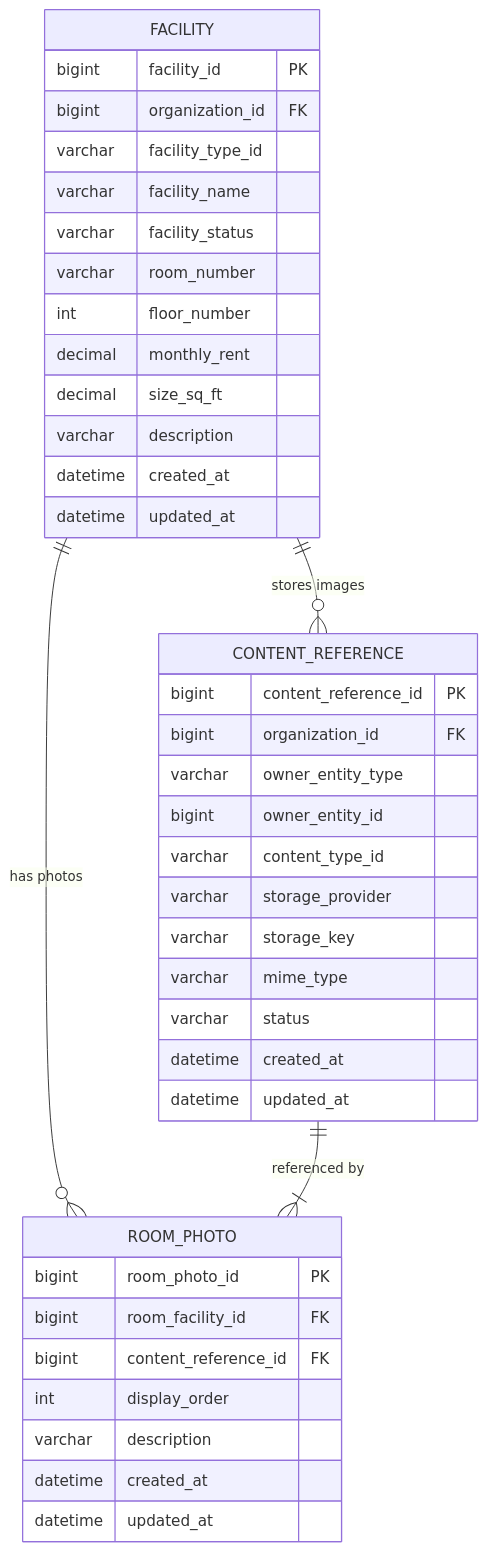
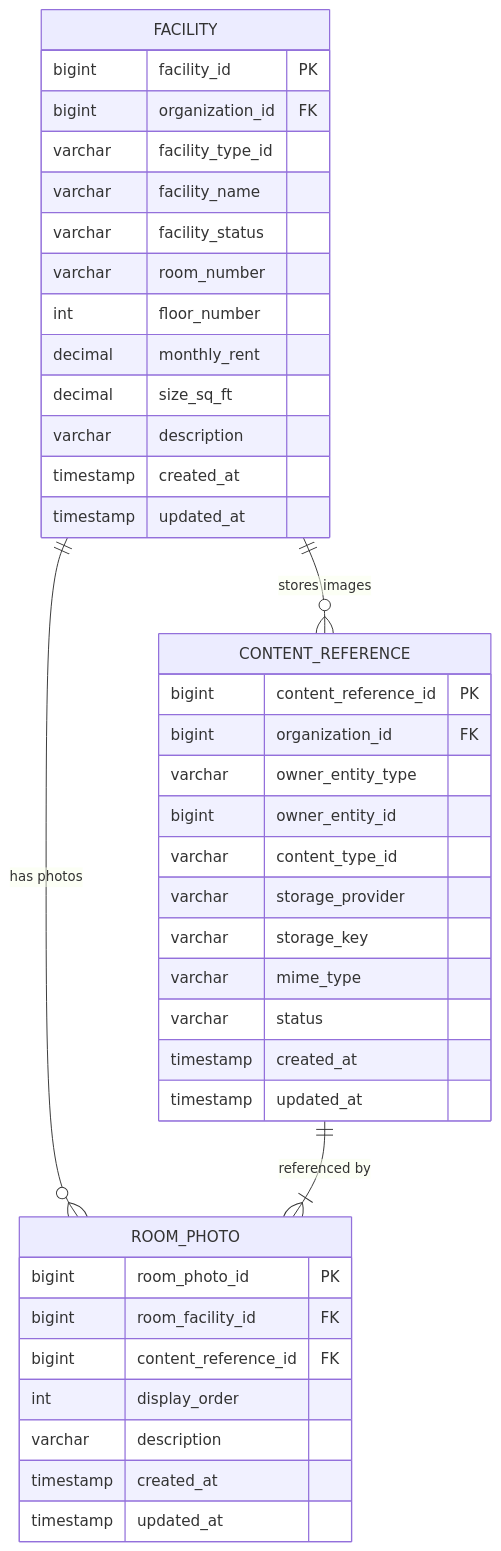
One commit to MY-PG-MANAGEMENT/PGHOSTEL changed the diagram in docs/er/room-photos-enhancement.mmd. Above: the diagram before and after it, drawn with Mermaid. The commit also changed 102 other files, not shown here.

```diff
--- a/docs/er/room-photos-enhancement.mmd
+++ b/docs/er/room-photos-enhancement.mmd
@@ -1,43 +1,43 @@
 erDiagram
     FACILITY ||--o{ ROOM_PHOTO : "has photos"
     FACILITY ||--o{ CONTENT_REFERENCE : "stores images"
     CONTENT_REFERENCE ||--|{ ROOM_PHOTO : "referenced by"
     
     ROOM_PHOTO {
         bigint room_photo_id PK
         bigint room_facility_id FK
         bigint content_reference_id FK
         int display_order
         varchar description
-        datetime created_at
-        datetime updated_at
+        timestamp created_at
+        timestamp updated_at
     }
 
     FACILITY {
         bigint facility_id PK
         bigint organization_id FK
         varchar facility_type_id
         varchar facility_name
         varchar facility_status
         varchar room_number
         int floor_number
         decimal monthly_rent
         decimal size_sq_ft
         varchar description
-        datetime created_at
-        datetime updated_at
+        timestamp created_at
+        timestamp updated_at
     }
 
     CONTENT_REFERENCE {
         bigint content_reference_id PK
         bigint organization_id FK
         varchar owner_entity_type
         bigint owner_entity_id
         varchar content_type_id
         varchar storage_provider
         varchar storage_key
         varchar mime_type
         varchar status
-        datetime created_at
-        datetime updated_at
+        timestamp created_at
+        timestamp updated_at
     }
```
